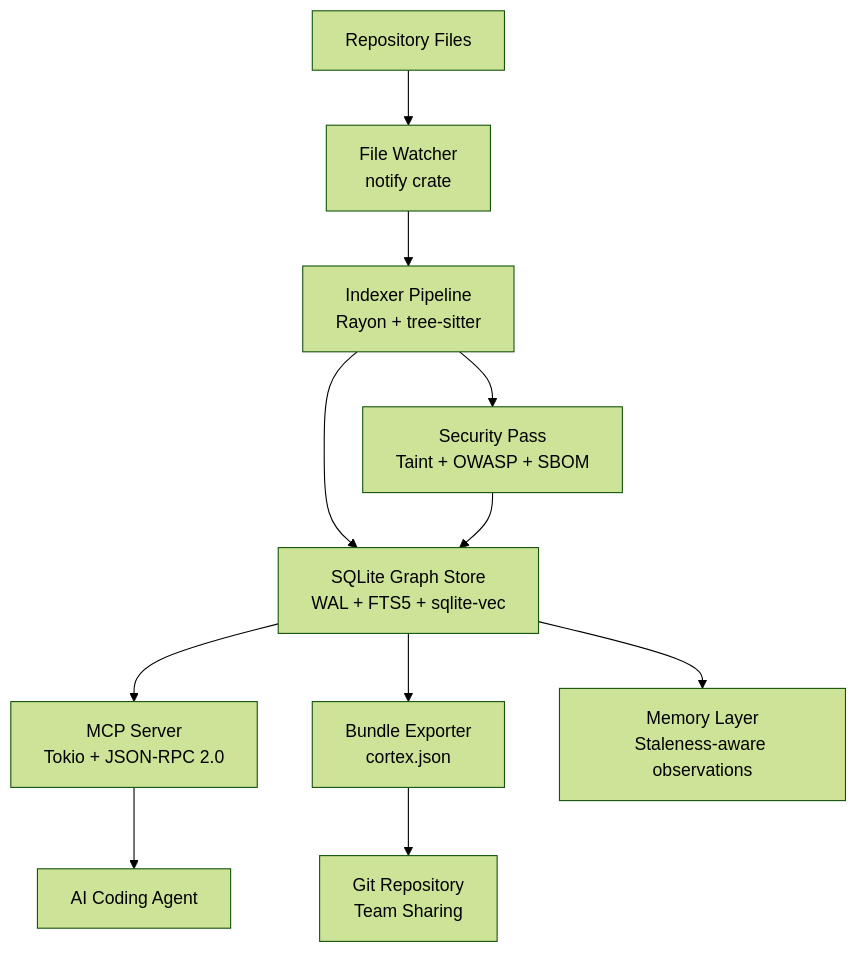
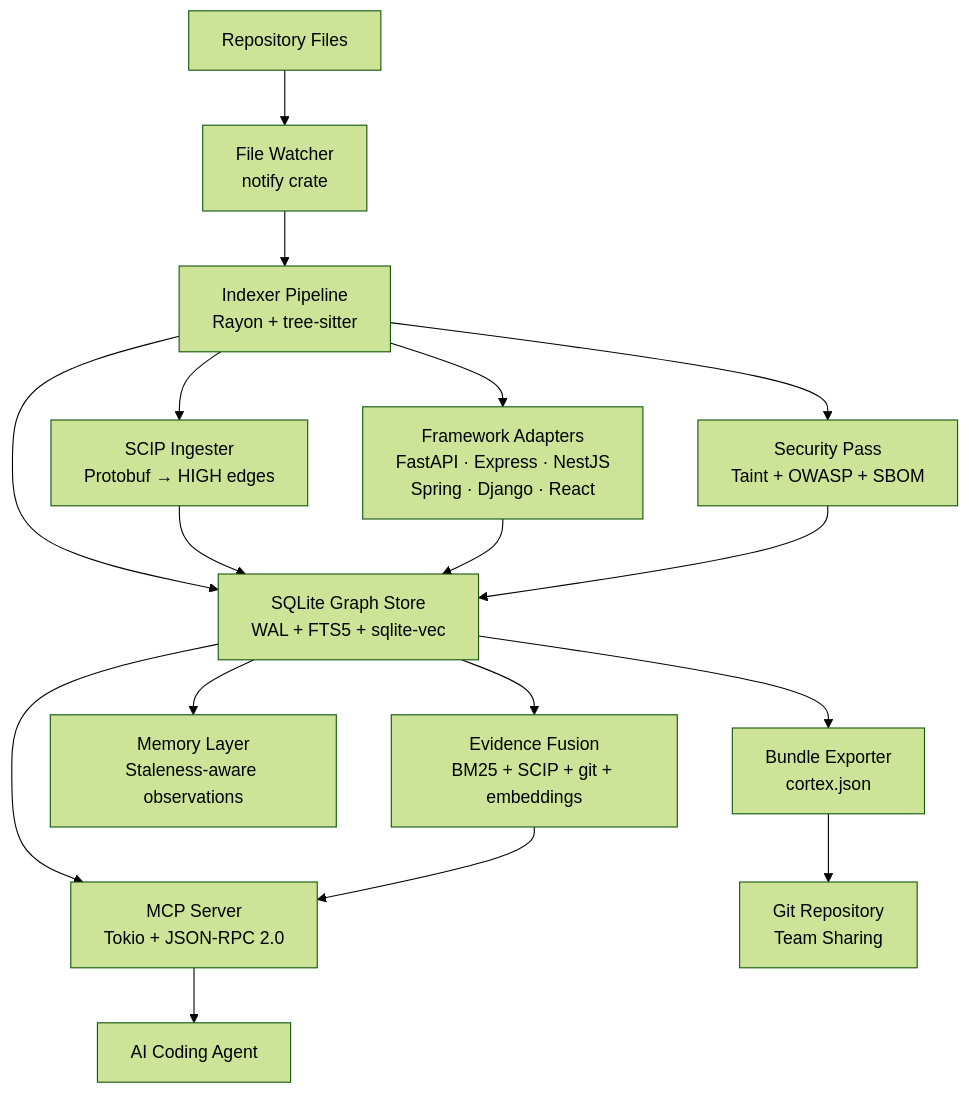
The diagram in README.md (1337Xcode/cortex), drawn with Mermaid (forest theme) before and after one commit. The commit also changed other lines of this file and 81 other files, not shown here.

Commit message:
feat: v1.1.0 - SCIP ingestion, confidence edges, framework adapters, health gate, token savings baseline, repo brief

````diff
--- a/README.md
+++ b/README.md
@@ -164,16 +174,25 @@
 ```mermaid
 graph TD
     A[Repository Files] --> B[File Watcher<br/>notify crate]
     B --> C[Indexer Pipeline<br/>Rayon + tree-sitter]
     C --> D[SQLite Graph Store<br/>WAL + FTS5 + sqlite-vec]
     D --> E[MCP Server<br/>Tokio + JSON-RPC 2.0]
     E --> F[AI Coding Agent]
 
-    C --> G[Security Pass<br/>Taint + OWASP + SBOM]
-    G --> D
+    C --> G1[SCIP Ingester<br/>Protobuf → HIGH edges]
+    G1 --> D
+
+    C --> G2[Framework Adapters<br/>FastAPI · Express · NestJS<br/>Spring · Django · React]
+    G2 --> D
+
+    C --> G3[Security Pass<br/>Taint + OWASP + SBOM]
+    G3 --> D
 
     D --> H[Bundle Exporter<br/>cortex.json]
     H --> I[Git Repository<br/>Team Sharing]
 
     D --> J[Memory Layer<br/>Staleness-aware observations]
+
+    D --> K[Evidence Fusion<br/>BM25 + SCIP + git + embeddings]
+    K --> E
 ```
````
